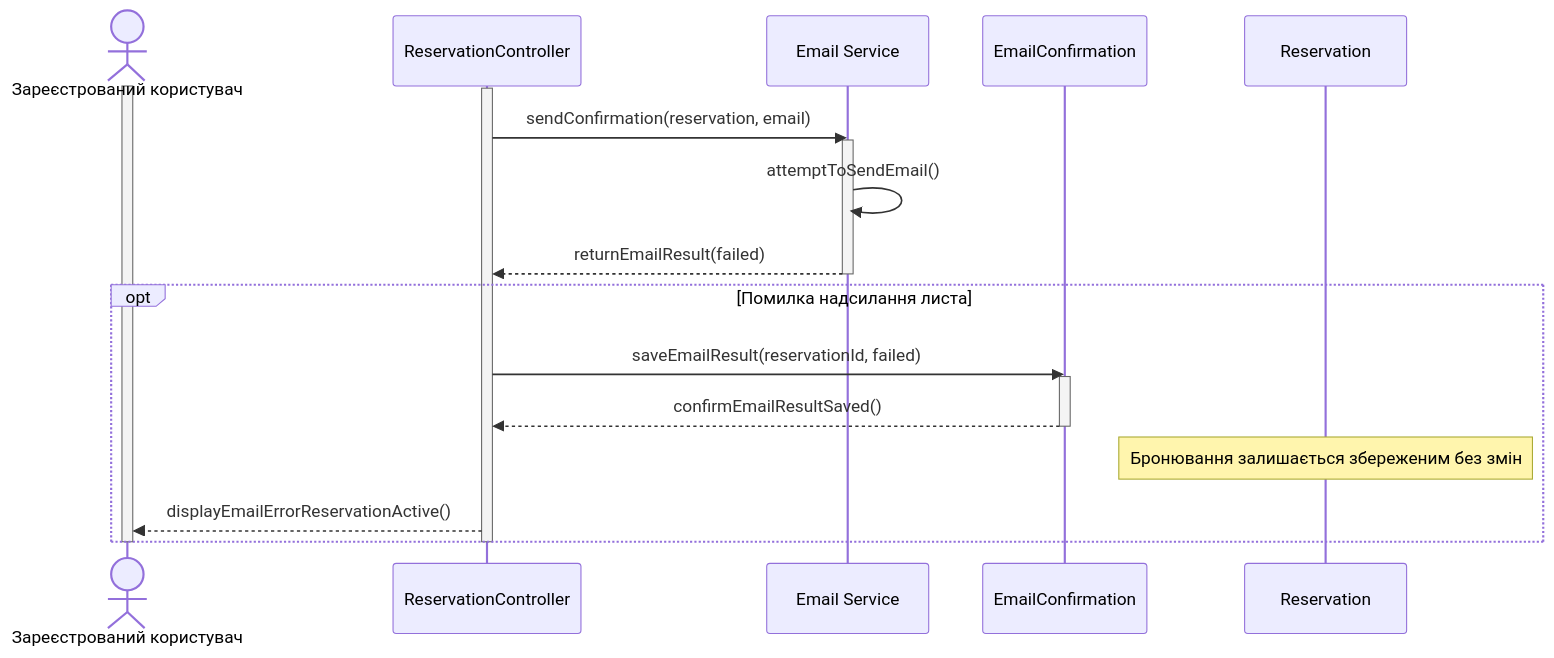
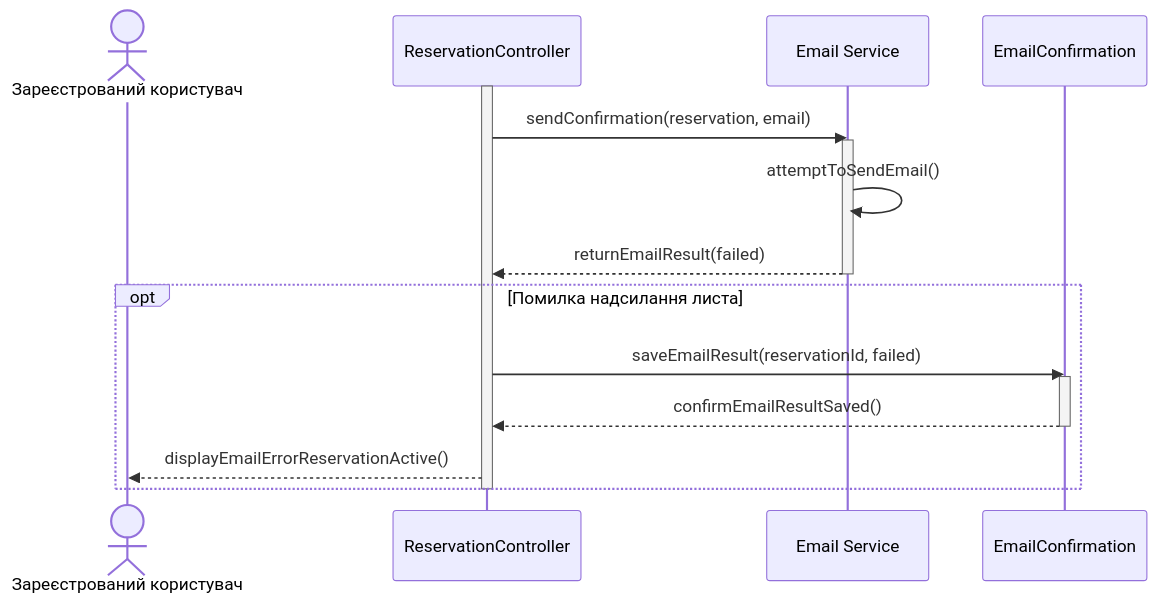
Before and after one commit to Vvvvvaleriia/Labs-KPI: the diagram in lab3/scenario-3.md, drawn with Mermaid. The commit also changed other lines of this file and 2 other files, not shown here.

Commit message:
refine third scenario

````diff
--- a/lab3/scenario-3.md
+++ b/lab3/scenario-3.md
@@ -30,31 +29,26 @@
 ```mermaid
 sequenceDiagram
     actor User as Зареєстрований користувач
     participant RC as ReservationController
     participant ES as Email Service
     participant EC as EmailConfirmation
-    participant R as Reservation
 
-    activate User
     activate RC
 
     RC->>ES: sendConfirmation(reservation, email)
     activate ES
     ES->>ES: attemptToSendEmail()
     ES-->>RC: returnEmailResult(failed)
     deactivate ES
 
     opt Помилка надсилання листа
         RC->>EC: saveEmailResult(reservationId, failed)
         activate EC
         EC-->>RC: confirmEmailResultSaved()
         deactivate EC
 
-        Note over R: Бронювання залишається збереженим без змін
-
         RC-->>User: displayEmailErrorReservationActive()
     end
 
     deactivate RC
-    deactivate User
 ```
````
